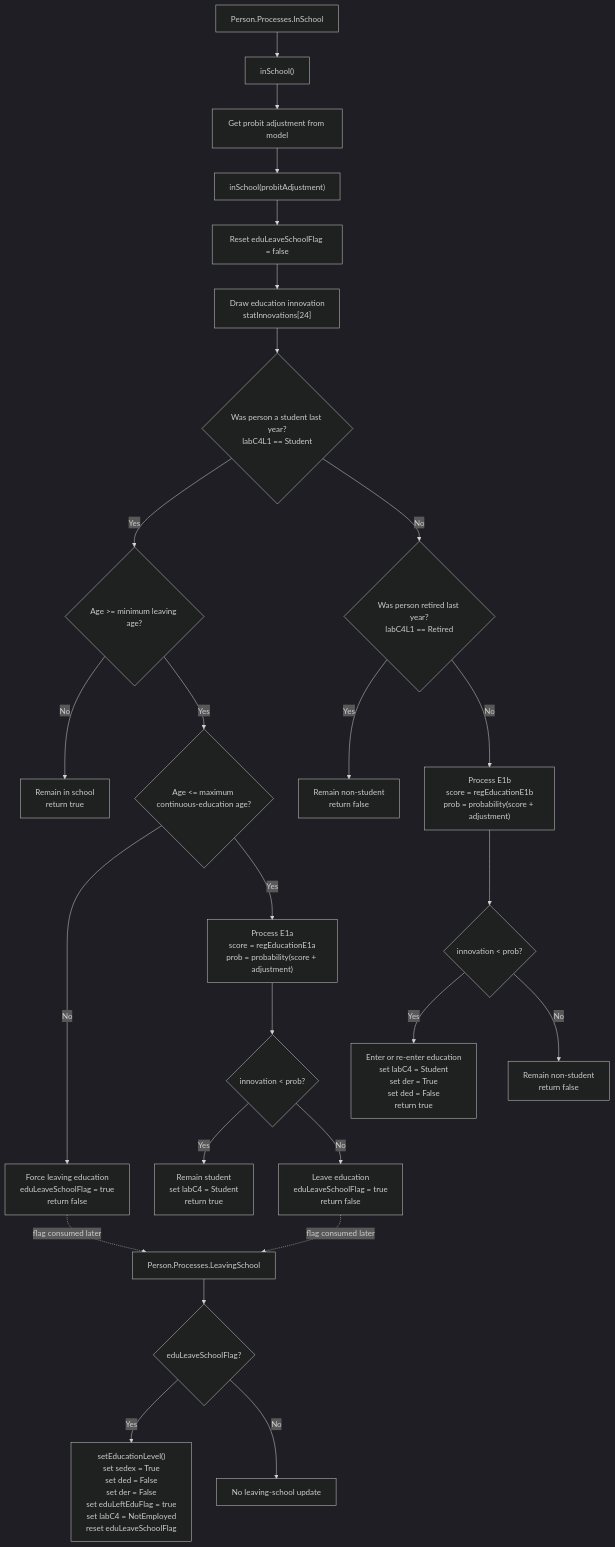
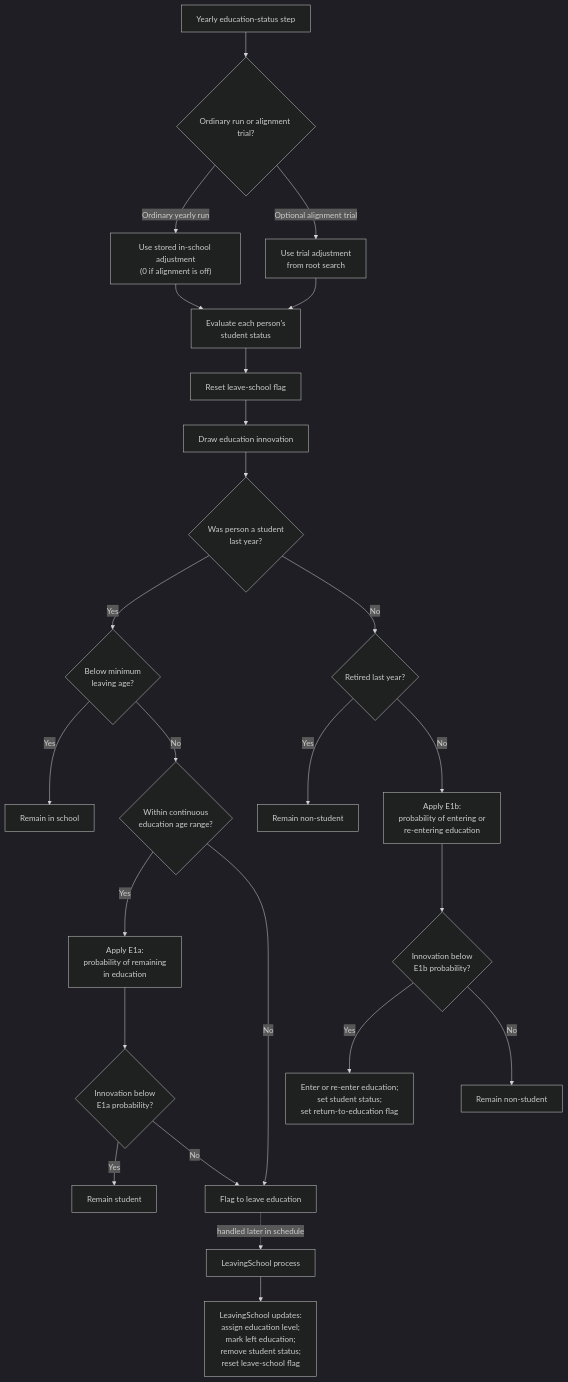
Before and after one commit to centreformicrosimulation/SimPaths: the diagram in documentation/flowcharts/modules/inschool.md, drawn with Mermaid (dark theme). The commit also changed 10 other files, not shown here.

Commit message:
Calibrated md files for flowchart generation

````diff
--- a/documentation/flowcharts/modules/inschool.md
+++ b/documentation/flowcharts/modules/inschool.md
@@ -115,34 +115,31 @@
 ```mermaid
 flowchart TD
-    A["Person.Processes.InSchool"] --> B["inSchool()"]
-    B --> C["Get probit adjustment from model"]
-    C --> D["inSchool(probitAdjustment)"]
-    D --> E["Reset eduLeaveSchoolFlag = false"]
-    E --> F["Draw education innovation<br/>statInnovations[24]"]
-    F --> G{"Was person a student last year?<br/>labC4L1 == Student"}
+    A["Yearly education-status step"] --> B{"Ordinary run or alignment trial?"}
+    B -- Ordinary yearly run --> C["Use stored in-school adjustment<br/>(0 if alignment is off)"]
+    B -- Optional alignment trial --> D["Use trial adjustment<br/>from root search"]
+    C --> E["Evaluate each person's<br/>student status"]
+    D --> E
 
-    G -- Yes --> H{"Age >= minimum leaving age?"}
-    H -- No --> I["Remain in school<br/>return true"]
+    E --> F["Reset leave-school flag"]
+    F --> G["Draw education innovation"]
+    G --> H{"Was person a student<br/>last year?"}
 
-    H -- Yes --> J{"Age <= maximum continuous-education age?"}
-    J -- No --> K["Force leaving education<br/>eduLeaveSchoolFlag = true<br/>return false"]
+    H -- Yes --> I{"Below minimum<br/>leaving age?"}
+    I -- Yes --> J["Remain in school"]
+    I -- No --> K{"Within continuous<br/>education age range?"}
+    K -- Yes --> M["Apply E1a:<br/>probability of remaining<br/>in education"]
+    K -- No --> L["Flag to leave education"]
+    M --> N{"Innovation below<br/>E1a probability?"}
+    N -- Yes --> O["Remain student"]
+    N -- No --> L
 
-    J -- Yes --> L["Process E1a<br/>score = regEducationE1a<br/>prob = probability(score + adjustment)"]
-    L --> M{"innovation < prob?"}
-    M -- Yes --> N["Remain student<br/>set labC4 = Student<br/>return true"]
-    M -- No --> O["Leave education<br/>eduLeaveSchoolFlag = true<br/>return false"]
+    H -- No --> P{"Retired last year?"}
+    P -- Yes --> Q["Remain non-student"]
+    P -- No --> R["Apply E1b:<br/>probability of entering or<br/>re-entering education"]
+    R --> S{"Innovation below<br/>E1b probability?"}
+    S -- Yes --> T["Enter or re-enter education; <br/>set student status; <br/>set return-to-education flag"]
+    S -- No --> U["Remain non-student"]
 
-    G -- No --> P{"Was person retired last year?<br/>labC4L1 == Retired"}
-    P -- Yes --> Q["Remain non-student<br/>return false"]
-
-    P -- No --> R["Process E1b<br/>score = regEducationE1b<br/>prob = probability(score + adjustment)"]
-    R --> S{"innovation < prob?"}
-    S -- Yes --> T["Enter or re-enter education<br/>set labC4 = Student<br/>set der = True<br/>set ded = False<br/>return true"]
-    S -- No --> U["Remain non-student<br/>return false"]
-
-    K -. "flag consumed later" .-> V["Person.Processes.LeavingSchool"]
-    O -. "flag consumed later" .-> V
-    V --> W{"eduLeaveSchoolFlag?"}
-    W -- Yes --> X["setEducationLevel()<br/>set sedex = True<br/>set ded = False<br/>set der = False<br/>set eduLeftEduFlag = true<br/>set labC4 = NotEmployed<br/>reset eduLeaveSchoolFlag"]
-    W -- No --> Y["No leaving-school update"]
+    L -. "handled later in schedule" .-> V["LeavingSchool process"]
+    V --> W["LeavingSchool updates:<br/>assign education level; <br/>mark left education; <br/>remove student status; <br/>reset leave-school flag"]
 ```
````
